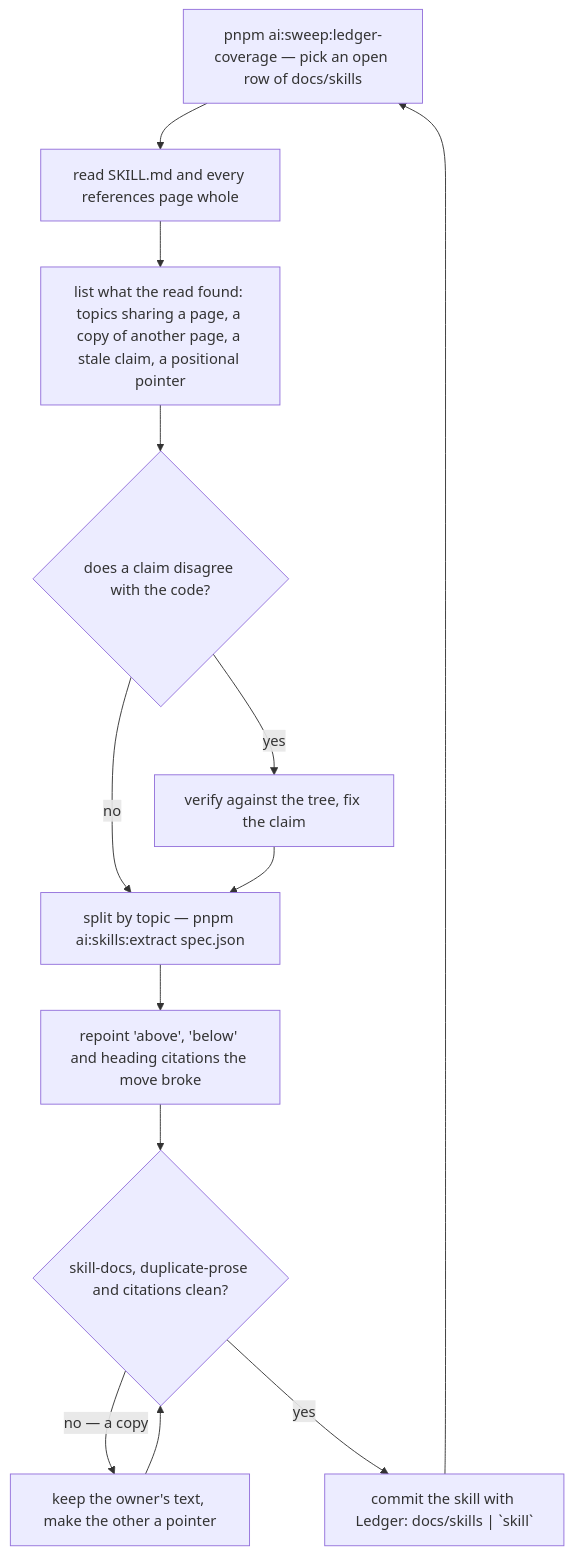
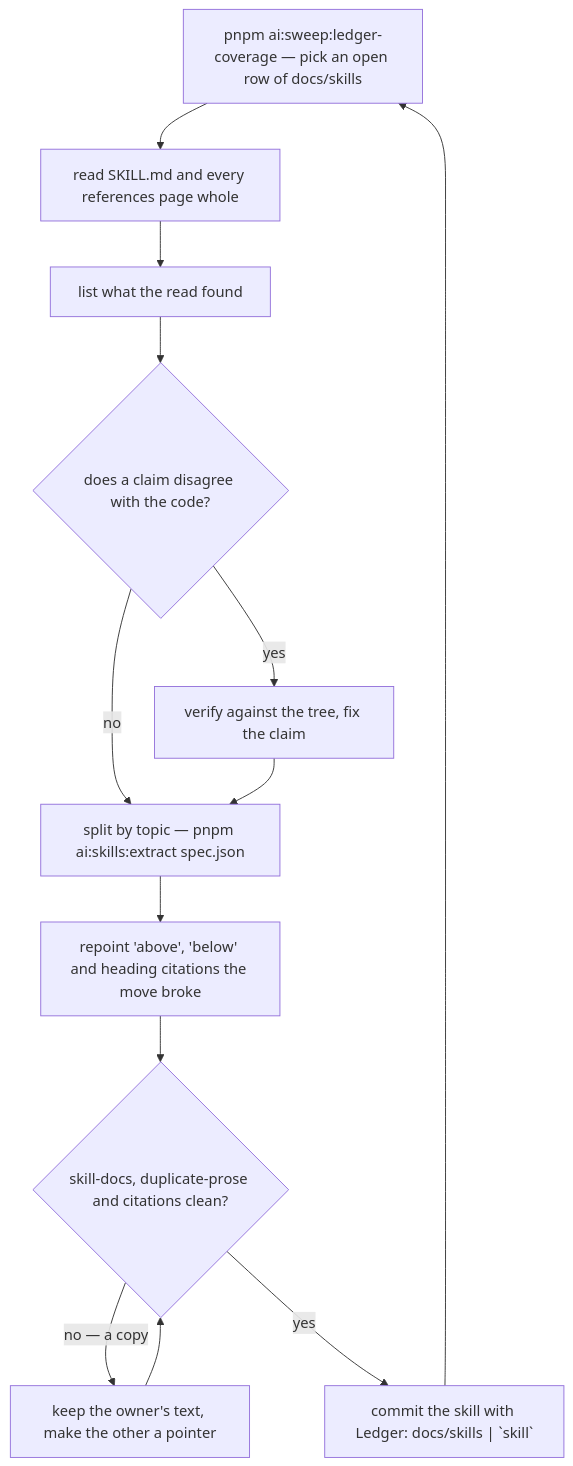
Before and after one commit to Esposter/Esposter: the diagram in .agents/skills/skill-authoring/references/skill-pass.md, drawn with Mermaid. The commit also changed 3 other files, not shown here.

````diff
--- a/.agents/skills/skill-authoring/references/skill-pass.md
+++ b/.agents/skills/skill-authoring/references/skill-pass.md
@@ -5,15 +5,15 @@
 ```mermaid
 flowchart TD
   QUEUE["pnpm ai:sweep:ledger-coverage — pick an open row of docs/skills"] --> READ["read SKILL.md and every references page whole"]
-  READ --> FIND["list what the read found: topics sharing a page, a copy of another page, a stale claim, a positional pointer"]
+  READ --> FIND["list what the read found"]
   FIND --> STALE{"does a claim disagree with the code?"}
   STALE -->|"yes"| VERIFY["verify against the tree, fix the claim"]
   STALE -->|"no"| SPLIT
   VERIFY --> SPLIT["split by topic — pnpm ai:skills:extract spec.json"]
   SPLIT --> POINT["repoint 'above', 'below' and heading citations the move broke"]
   POINT --> CHECK{"skill-docs, duplicate-prose and citations clean?"}
   CHECK -->|"no — a copy"| OWNER["keep the owner's text, make the other a pointer"]
   OWNER --> CHECK
   CHECK -->|"yes"| COMMIT["commit the skill with Ledger: docs/skills | `skill`"]
   COMMIT --> QUEUE
 ```
````
